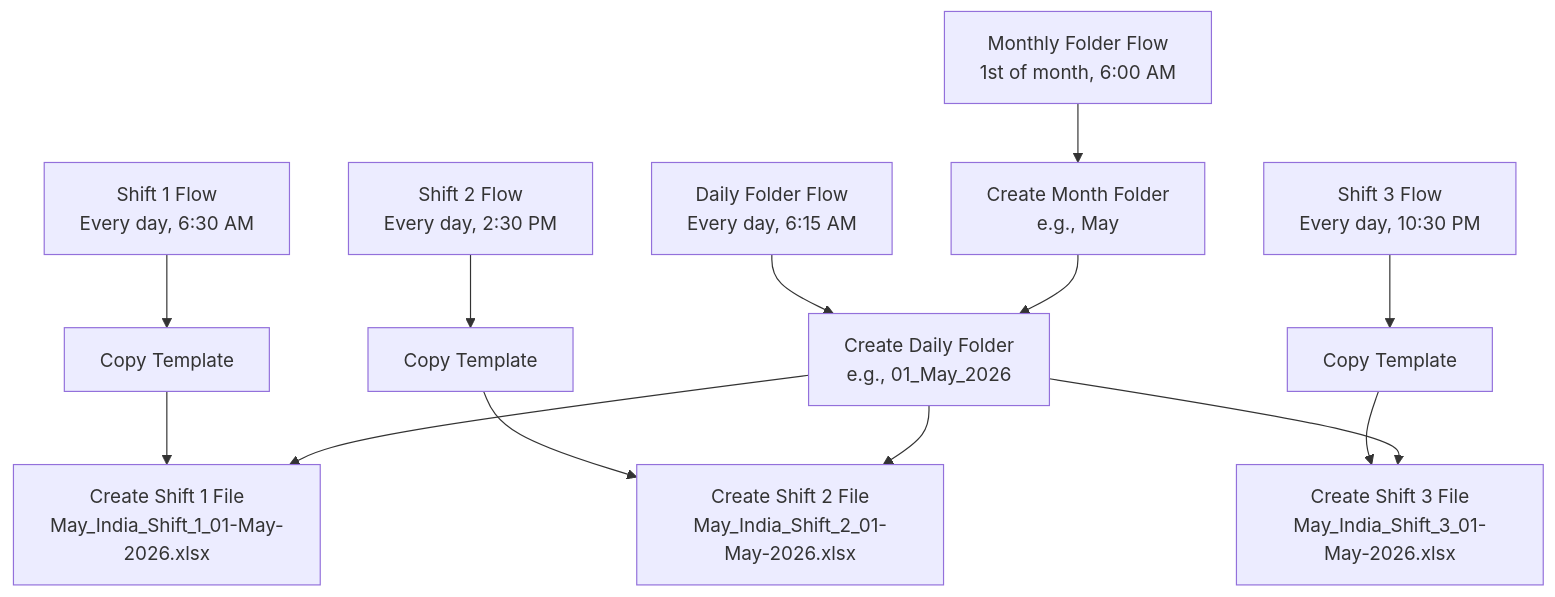
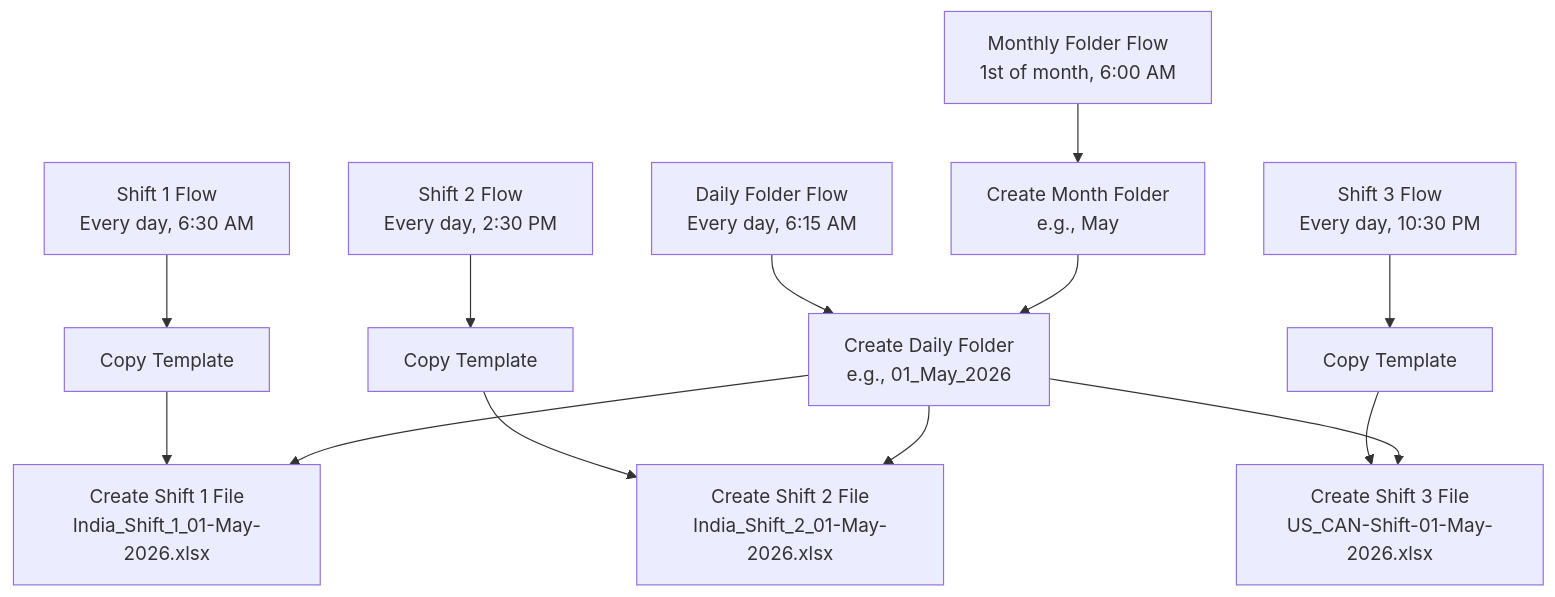
One commit to vignesh191024/Excel_Power_Automate changed the diagram in OneDrive_Shift_Files_Automation_Plan.md. Above: the diagram before and after it, drawn with Mermaid. The commit also changed other lines of this file and 4 other files, not shown here.

Commit message:
Update file naming convention: Remove month prefix from India shifts, change Shift 3 to US_CAN-Shift format

````diff
--- a/OneDrive_Shift_Files_Automation_Plan.md
+++ b/OneDrive_Shift_Files_Automation_Plan.md
@@ -254,20 +254,20 @@
 ```mermaid
 graph TD
     A[Monthly Folder Flow<br/>1st of month, 6:00 AM] --> B[Create Month Folder<br/>e.g., May]
     
     C[Daily Folder Flow<br/>Every day, 6:15 AM] --> D[Create Daily Folder<br/>e.g., 01_May_2026]
     
     E[Shift 1 Flow<br/>Every day, 6:30 AM] --> F[Copy Template]
-    F --> G[Create Shift 1 File<br/>May_India_Shift_1_01-May-2026.xlsx]
+    F --> G[Create Shift 1 File<br/>India_Shift_1_01-May-2026.xlsx]
     
     H[Shift 2 Flow<br/>Every day, 2:30 PM] --> I[Copy Template]
-    I --> J[Create Shift 2 File<br/>May_India_Shift_2_01-May-2026.xlsx]
+    I --> J[Create Shift 2 File<br/>India_Shift_2_01-May-2026.xlsx]
     
     K[Shift 3 Flow<br/>Every day, 10:30 PM] --> L[Copy Template]
-    L --> M[Create Shift 3 File<br/>May_India_Shift_3_01-May-2026.xlsx]
+    L --> M[Create Shift 3 File<br/>US_CAN-Shift-01-May-2026.xlsx]
     
     B --> D
     D --> G
     D --> J
     D --> M
 ```
````
